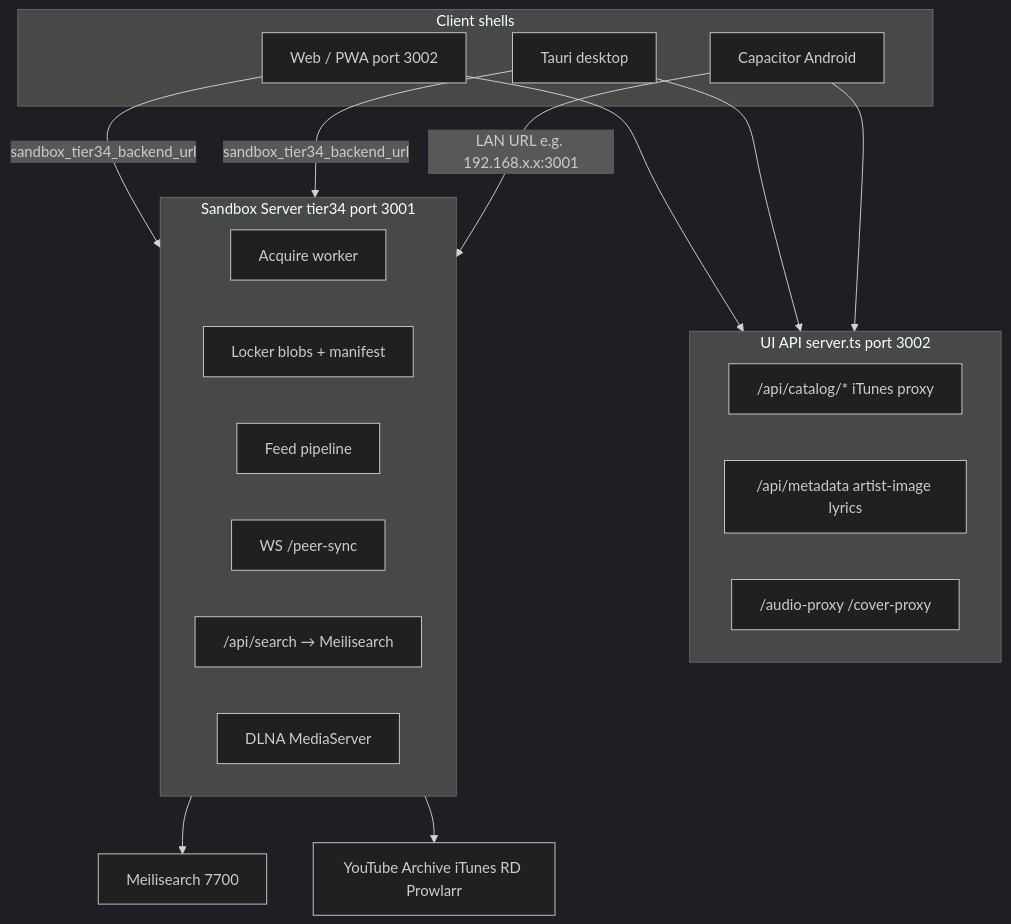
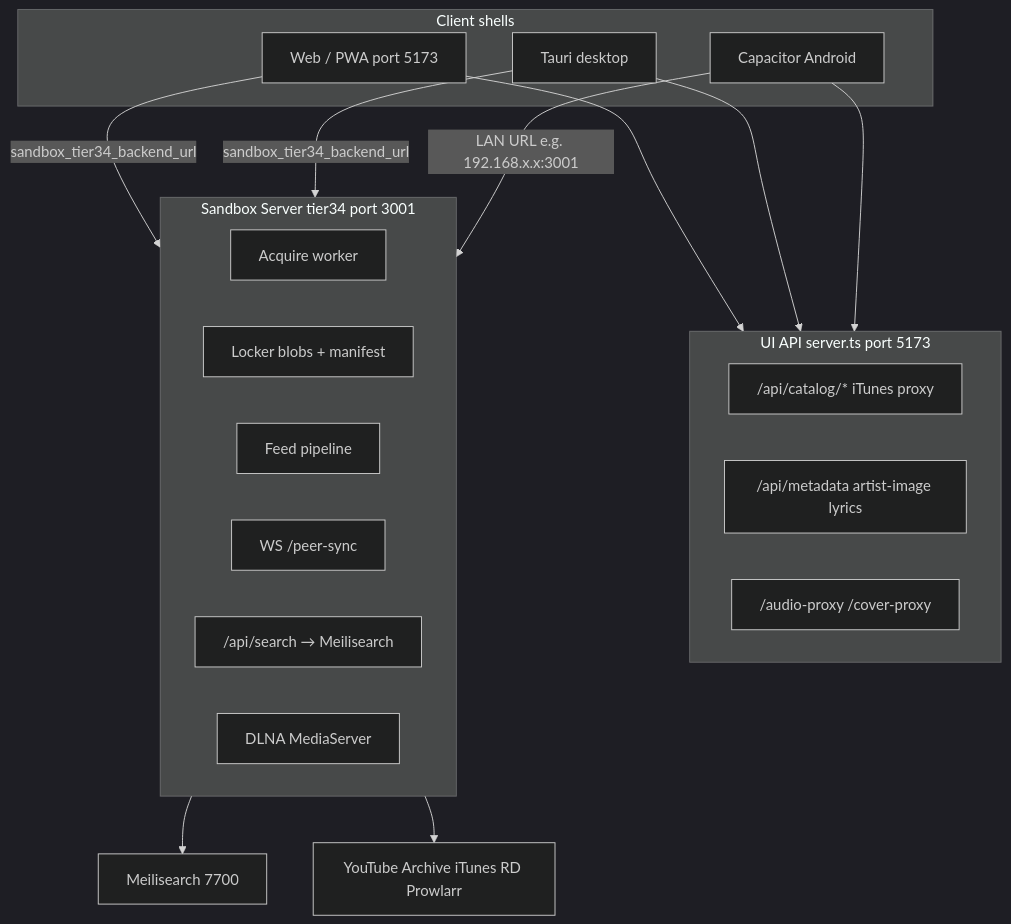
The first of 2 diagrams in docs/sandbox-architecture.md (Ryan-Howard-Dev/sandbox-audio), drawn with Mermaid (dark theme) before and after one commit. The commit also changed other lines of this file and 10 other files, not shown here.

````diff
--- a/docs/sandbox-architecture.md
+++ b/docs/sandbox-architecture.md
@@ -292,36 +298,36 @@
 ```mermaid
 flowchart TB
   subgraph clients [Client shells]
-    Web["Web / PWA port 3002"]
+    Web["Web / PWA port 5173"]
     Desktop["Tauri desktop"]
     Android["Capacitor Android"]
   end
 
-  subgraph ui_api [UI API server.ts port 3002]
+  subgraph ui_api [UI API server.ts port 5173]
     Catalog["/api/catalog/* iTunes proxy"]
     Meta["/api/metadata artist-image lyrics"]
     Proxies["/audio-proxy /cover-proxy"]
   end
 
   subgraph sandbox_server [Sandbox Server tier34 port 3001]
     Acquire["Acquire worker"]
     Blobs["Locker blobs + manifest"]
     Feed["Feed pipeline"]
     ConnectWS["WS /peer-sync"]
     MeiliProxy["/api/search → Meilisearch"]
     DLNA["DLNA MediaServer"]
   end
 
   Meili["Meilisearch 7700"]
 
   Web --> ui_api
   Desktop --> ui_api
   Android --> ui_api
 
   Web -->|"sandbox_tier34_backend_url"| sandbox_server
   Desktop -->|"sandbox_tier34_backend_url"| sandbox_server
   Android -->|"LAN URL e.g. 192.168.x.x:3001"| sandbox_server
 
   sandbox_server --> Meili
   sandbox_server --> Internet["YouTube Archive iTunes RD Prowlarr"]
 ```
````
